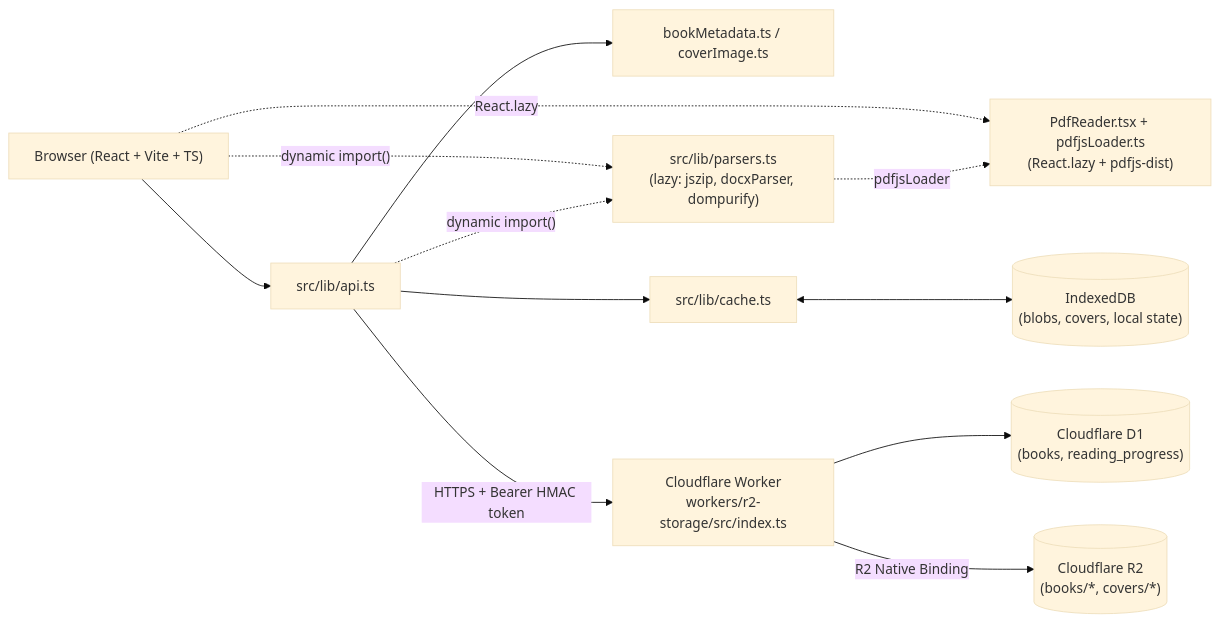
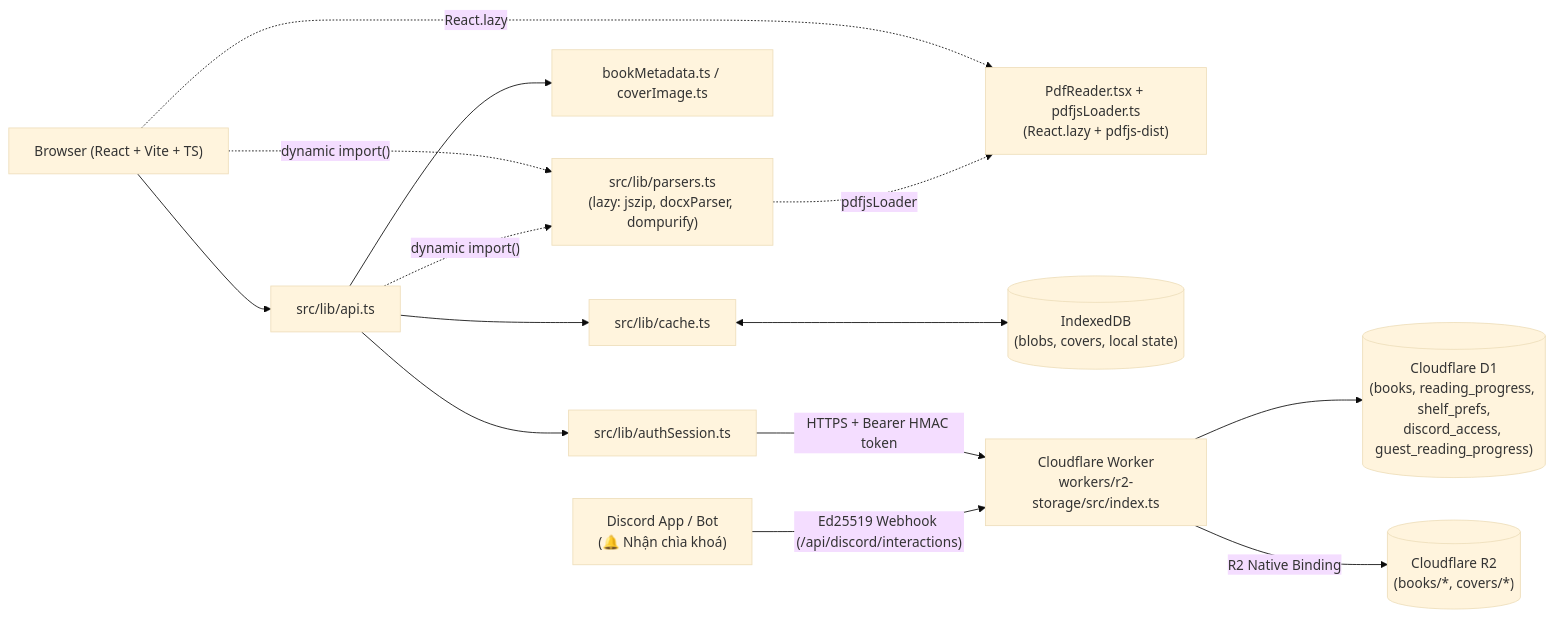
One commit to ofuthentl/reading-web changed the diagram in docs/ARCHITECTURE.md. Above: the diagram before and after it, drawn with Mermaid (base theme). The commit also changed other lines of this file and 2 other files, not shown here.

Commit message:
docs(discord): document Discord key architecture, setup guide, and E2E verification (D-026)

````diff
--- a/docs/ARCHITECTURE.md
+++ b/docs/ARCHITECTURE.md
@@ -5,25 +5,29 @@
 ```mermaid
 flowchart LR
   Browser["Browser (React + Vite + TS)"]
+  Discord["Discord App / Bot\n(🔔 Nhận chìa khoá)"]
   Meta["bookMetadata.ts / coverImage.ts"]
+  Auth["src/lib/authSession.ts"]
   API["src/lib/api.ts"]
   Parsers["src/lib/parsers.ts\n(lazy: jszip, docxParser, dompurify)"]
   PdfLazy["PdfReader.tsx + pdfjsLoader.ts\n(React.lazy + pdfjs-dist)"]
   Cache["src/lib/cache.ts"]
   IDB[("IndexedDB\n(blobs, covers, local state)")]
   Worker["Cloudflare Worker\nworkers/r2-storage/src/index.ts"]
-  D1[("Cloudflare D1\n(books, reading_progress)")]
+  D1[("Cloudflare D1\n(books, reading_progress, shelf_prefs,\ndiscord_access, guest_reading_progress)")]
   R2[("Cloudflare R2\n(books/*, covers/*)")]
 
   Browser --> API
+  API --> Auth
   API --> Meta
   Browser -. "dynamic import()" .-> Parsers
   API -. "dynamic import()" .-> Parsers
   Browser -. "React.lazy" .-> PdfLazy
   Parsers -. "pdfjsLoader" .-> PdfLazy
   API --> Cache
   Cache <--> IDB
-  API -- "HTTPS + Bearer HMAC token" --> Worker
+  Auth -- "HTTPS + Bearer HMAC token" --> Worker
+  Discord -- "Ed25519 Webhook (/api/discord/interactions)" --> Worker
   Worker --> D1
   Worker -- "R2 Native Binding" --> R2
 ```
````
